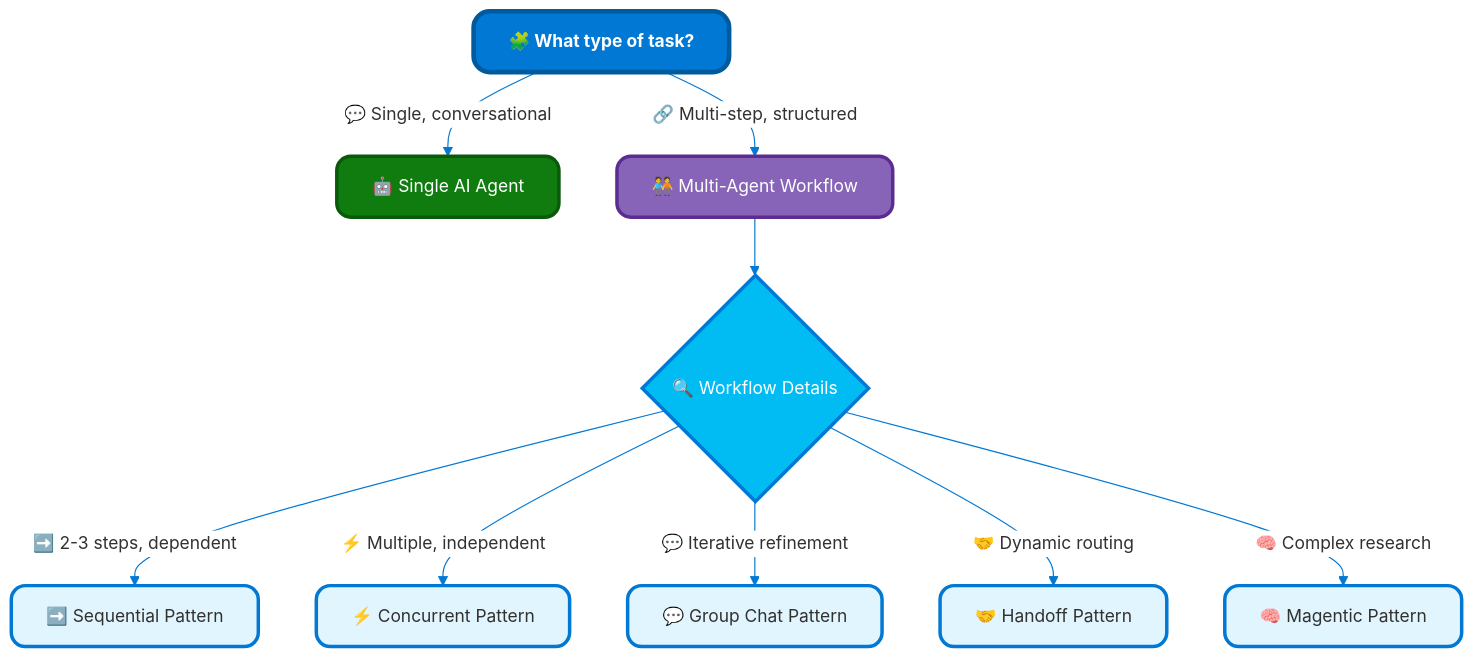
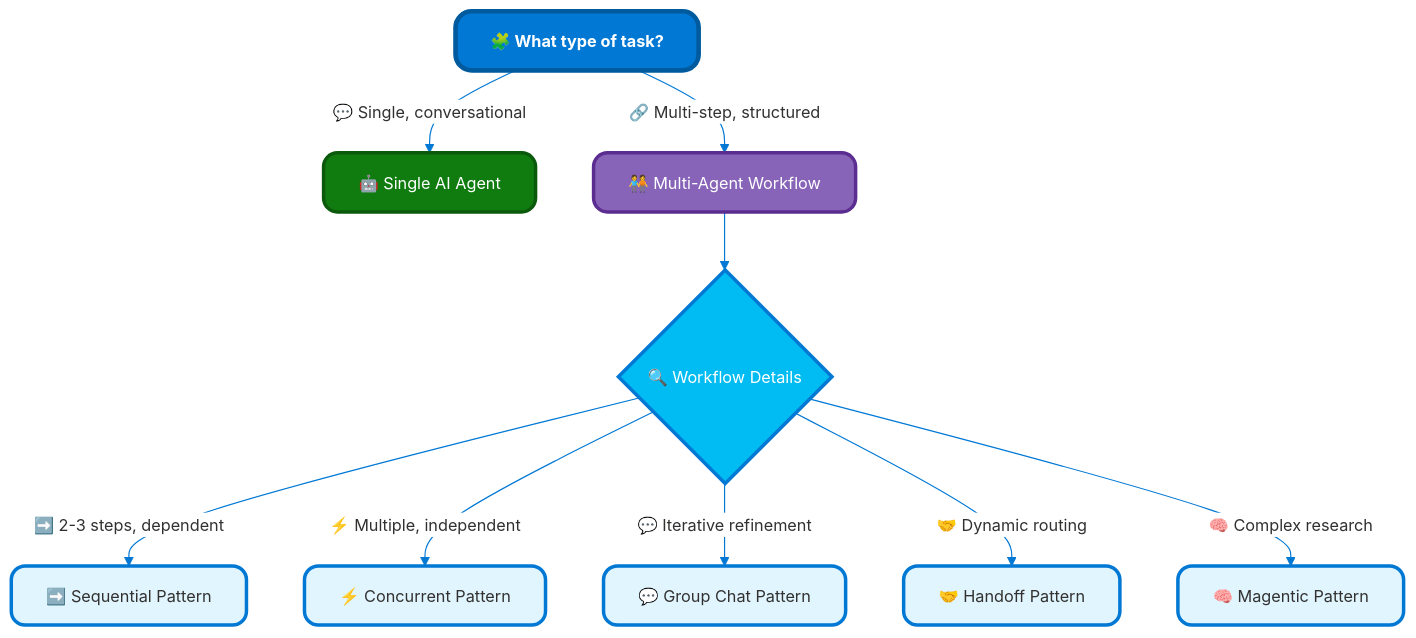
One commit to ajeetchouksey/ajch_prep_ab_100 changed the sixth of 6 diagrams in 01_Plan_AI_Powered_Business_Solutions/01a-02-agent-types-patterns.md. Above: the diagram before and after it, drawn with Mermaid. The commit also changed other lines of this file and 8 other files, not shown here.

````diff
--- a/01_Plan_AI_Powered_Business_Solutions/01a-02-agent-types-patterns.md
+++ b/01_Plan_AI_Powered_Business_Solutions/01a-02-agent-types-patterns.md
@@ -671,26 +671,26 @@
 ```mermaid
-%%{init: {'theme':'base', 'themeVariables': { 'primaryColor':'#0078d4','primaryTextColor':'#323130','primaryBorderColor':'#005a9e','lineColor':'#0078d4','secondaryColor':'#00bcf2','tertiaryColor':'#50e6ff','fontSize':'15px','fontFamily':'Segoe UI, sans-serif','clusterBkg':'#f3f2f1','clusterBorder':'#0078d4','edgeLabelBackground':'#ffffff'}}}%%
+%%{init: {'theme':'base', 'themeVariables': { 'primaryColor':'#0078d4','primaryTextColor':'#323130','primaryBorderColor':'#005a9e','lineColor':'#0078d4','secondaryColor':'#00bcf2','tertiaryColor':'#50e6ff','fontSize':'14px','fontFamily':'Segoe UI, sans-serif','clusterBkg':'#f3f2f1','clusterBorder':'#0078d4','edgeLabelBackground':'#ffffff'}}}%%
 flowchart TD
   Q["🧩 What type of task?"]
   Q -->|💬 Single, conversational| S["🤖 Single AI Agent"]
   Q -->|🔗 Multi-step, structured| M["🧑‍🤝‍🧑 Multi-Agent Workflow"]
 
   M --> St{"🔍 Workflow Details"}
   St -->|➡️ 2-3 steps, dependent| Seq["➡️ Sequential Pattern"]
   St -->|⚡ Multiple, independent| Con["⚡ Concurrent Pattern"]
   St -->|💬 Iterative refinement| Chat["💬 Group Chat Pattern"]
   St -->|🤝 Dynamic routing| Hand["🤝 Handoff Pattern"]
   St -->|🧠 Complex research| Mag["🧠 Magentic Pattern"]
 
   classDef mainNode fill:#0078d4,stroke:#005a9e,color:#fff,stroke-width:4px,rx:14,ry:14,font-weight:bold
   classDef agentNode fill:#107c10,stroke:#0b5a0b,color:#fff,stroke-width:3px,rx:12,ry:12
   classDef workflowNode fill:#8764b8,stroke:#5c2d91,color:#fff,stroke-width:3px,rx:12,ry:12
   classDef decisionNode fill:#00bcf2,stroke:#0078d4,color:#fff,stroke-width:3px,rx:10,ry:10
   classDef patternNode fill:#e1f5ff,stroke:#0078d4,color:#323130,stroke-width:3px,rx:12,ry:12
 
   class Q mainNode
   class S agentNode
   class M workflowNode
   class St decisionNode
   class Seq,Con,Chat,Hand,Mag patternNode
 ```
````
